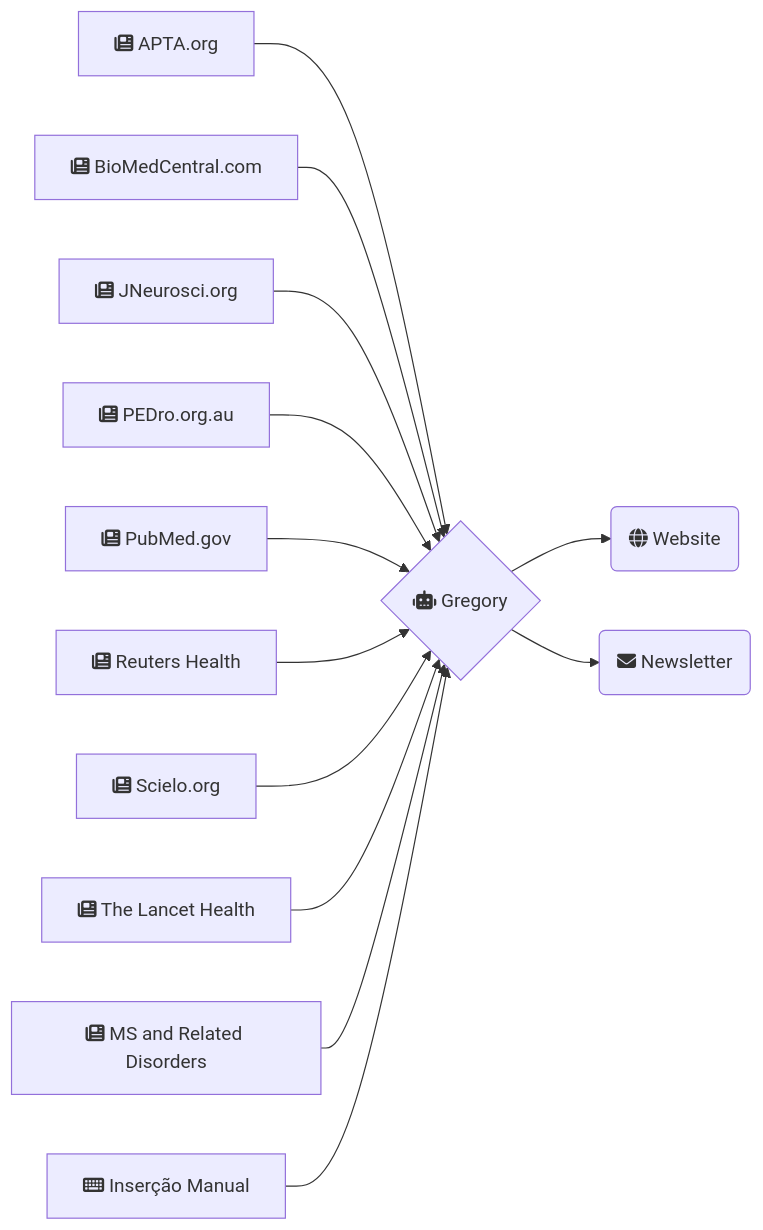
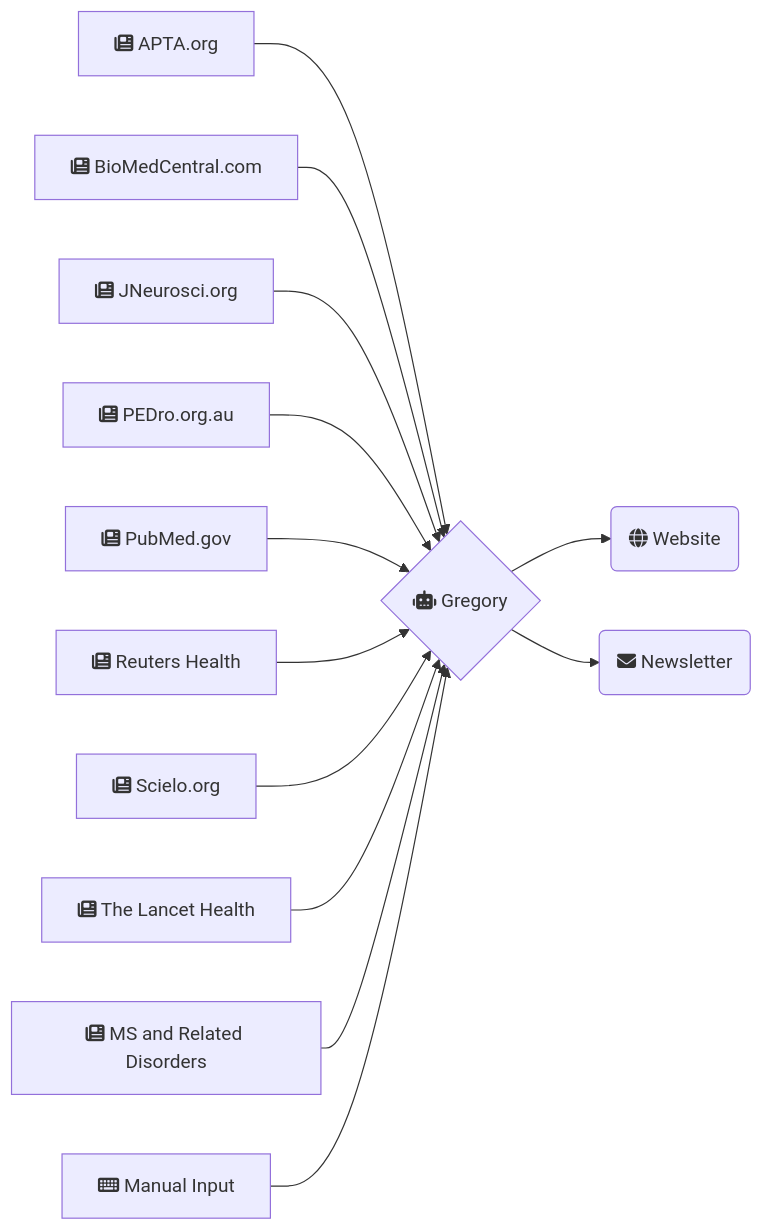
One commit to brunoamaral/gregory-ai changed the first of 2 diagrams in content/about/index.md. Above: the diagram before and after it, drawn with Mermaid.

Commit message:
translate

```diff
--- a/content/about/index.md
+++ b/content/about/index.md
@@ -61,15 +61,15 @@
 <div class="mermaid">
 graph LR;
     APTA[fa:fa-newspaper APTA.org] -->Gregory;
     BioMedCentral[fa:fa-newspaper BioMedCentral.com] -->Gregory;
     JNeurosci[fa:fa-newspaper JNeurosci.org]-->Gregory;
     PEDro[fa:fa-newspaper PEDro.org.au] -->Gregory;
     PubMed[fa:fa-newspaper PubMed.gov] -->Gregory;
     Reuters[fa:fa-newspaper Reuters Health]-->Gregory;
     Scielo[fa:fa-newspaper Scielo.org] -->Gregory;
     TheLancet[fa:fa-newspaper The Lancet Health]-->Gregory;
     MsRelDis[fa:fa-newspaper MS and Related Disorders]-->Gregory;
-    Manual[fa:fa-keyboard Inserção Manual]-->Gregory;
+    Manual[fa:fa-keyboard Manual Input]-->Gregory;
     Gregory{fa:fa-robot Gregory}-->Website(fa:fa-globe Website)
     Gregory{fa:fa-robot Gregory}-->Newsletter(fa:fa-envelope Newsletter)
 </div>
```
